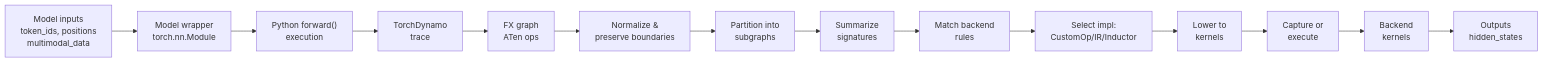
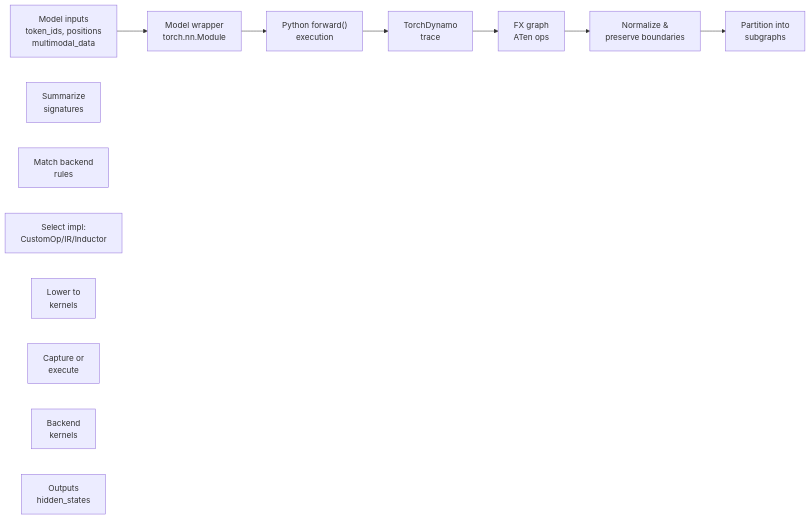
One commit to yankli/c-ebook changed the third of 4 diagrams in 09_other/readme.md. Above: the diagram before and after it, drawn with Mermaid. The commit also changed other lines of this file, not shown here.

````diff
--- a/09_other/readme.md
+++ b/09_other/readme.md
@@ -91,31 +91,27 @@
 ```mermaid
 flowchart LR
     A["Model inputs<br/>token_ids, positions<br/>multimodal_data"] 
     B["Model wrapper<br/>torch.nn.Module"]
     C["Python forward()<br/>execution"]
     D["TorchDynamo<br/>trace"]
     E["FX graph<br/>ATen ops"]
     F["Normalize &<br/>preserve boundaries"]
     G["Partition into<br/>subgraphs"]
     H["Summarize<br/>signatures"]
     I["Match backend<br/>rules"]
     J["Select impl:<br/>CustomOp/IR/Inductor"]
     K["Lower to<br/>kernels"]
     L["Capture or<br/>execute"]
     M["Backend<br/>kernels"]
     N["Outputs<br/>hidden_states"]
 
     A --> B
     B --> C
     C --> D
     D --> E
     E --> F
     F --> G
-    G --> H
-    H --> I
-    I --> J
-    J --> K
-    K --> L
-    L --> M
-    M --> N
+  
+
+
 ```
````
